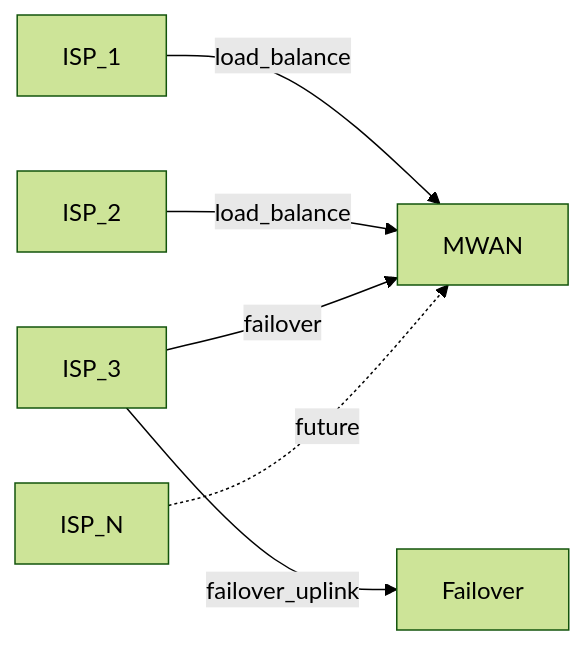
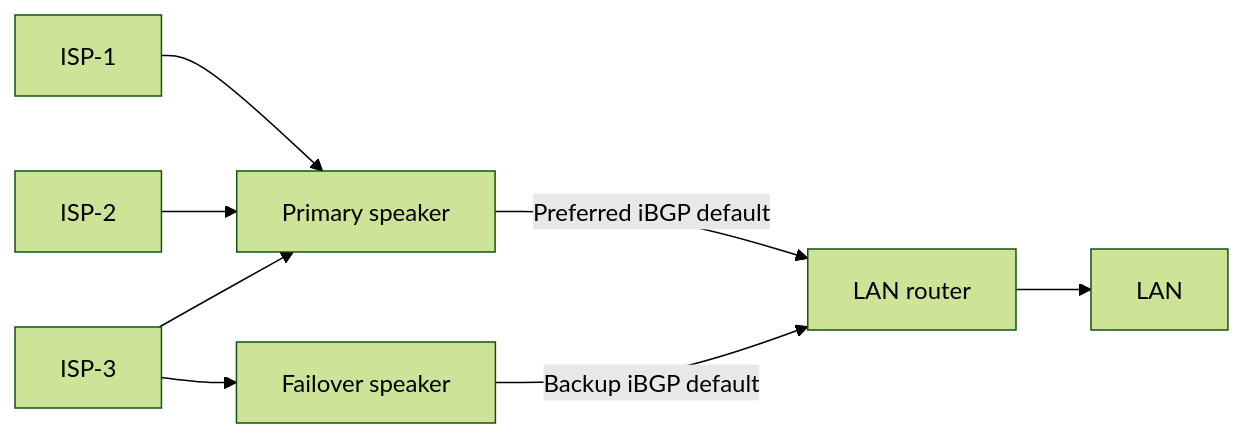
One commit to agoodkind/mwan changed the first of 3 diagrams in docs/mwan.md. Above: the diagram before and after it, drawn with Mermaid (forest theme). The commit also changed other lines of this file and 1 other file, not shown here.

Commit message:
Rewrite MWAN architecture and performance documentation

````diff
--- a/docs/mwan.md
+++ b/docs/mwan.md
@@ -132,14 +19,10 @@
 ```mermaid
 flowchart LR
-  isp1[ISP_1]
-  isp2[ISP_2]
-  isp3[ISP_3]
-  ispN[ISP_N]
-  mwan[MWAN]
-  failover[Failover]
-  isp1 -->|load_balance| mwan
-  isp2 -->|load_balance| mwan
-  isp3 -->|failover| mwan
-  isp3 -->|failover_uplink| failover
-  ispN -.->|future| mwan
+  isp1[ISP-1] --> primary[Primary speaker]
+  isp2[ISP-2] --> primary
+  isp3[ISP-3] --> primary
+  isp3 --> fallback[Failover speaker]
+  primary -->|Preferred iBGP default| router[LAN router]
+  fallback -->|Backup iBGP default| router
+  router --> lan[LAN]
 ```
````
